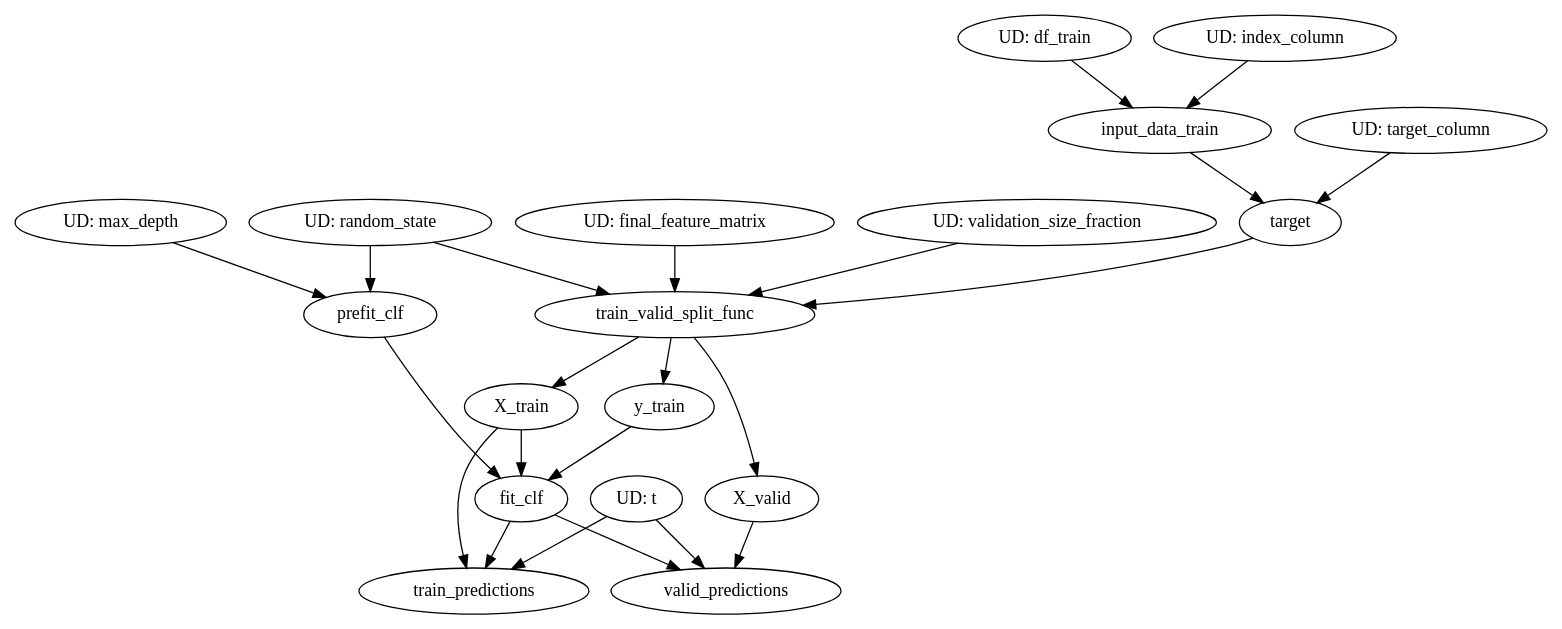
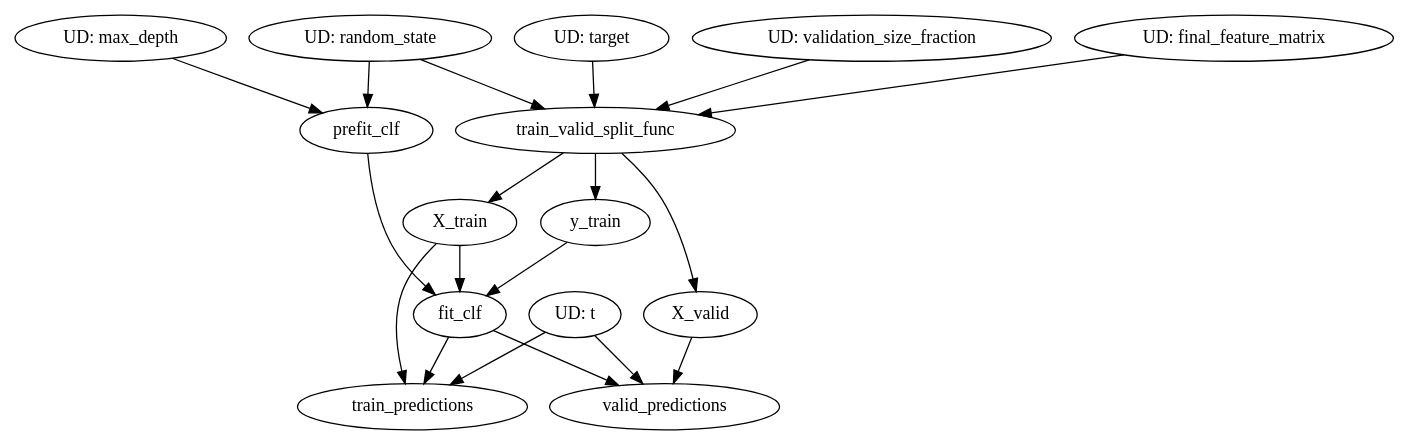
One commit to aamir09/mlops2_with_dagster changed the diagram in artifacts/training.dot. Above: the diagram before and after it, drawn with Graphviz. The commit also changed 50 other files, not shown here.

```diff
--- a/artifacts/training.dot
+++ b/artifacts/training.dot
@@ -1,51 +1,41 @@
 // Dependency Graph
 digraph {
-	final_feature_matrix [label=final_feature_matrix]
+	target [label=target]
 	y_train [label=y_train]
-	prefit_clf [label=prefit_clf]
-	validation_size_fraction [label=validation_size_fraction]
-	df_train [label=df_train]
-	train_valid_split_func [label=train_valid_split_func]
 	train_predictions [label=train_predictions]
-	t [label=t]
 	valid_predictions [label=valid_predictions]
-	random_state [label=random_state]
+	fit_clf [label=fit_clf]
 	max_depth [label=max_depth]
 	X_valid [label=X_valid]
-	input_data_train [label=input_data_train]
+	train_valid_split_func [label=train_valid_split_func]
+	validation_size_fraction [label=validation_size_fraction]
+	prefit_clf [label=prefit_clf]
+	random_state [label=random_state]
+	t [label=t]
 	X_train [label=X_train]
-	target_column [label=target_column]
-	index_column [label=index_column]
-	target [label=target]
-	fit_clf [label=fit_clf]
+	final_feature_matrix [label=final_feature_matrix]
+	target [label="UD: target"]
+	max_depth [label="UD: max_depth"]
+	validation_size_fraction [label="UD: validation_size_fraction"]
+	random_state [label="UD: random_state"]
+	t [label="UD: t"]
 	final_feature_matrix [label="UD: final_feature_matrix"]
-	validation_size_fraction [label="UD: validation_size_fraction"]
-	df_train [label="UD: df_train"]
-	t [label="UD: t"]
-	random_state [label="UD: random_state"]
-	target_column [label="UD: target_column"]
-	index_column [label="UD: index_column"]
-	max_depth [label="UD: max_depth"]
 	train_valid_split_func -> y_train
-	random_state -> prefit_clf
-	max_depth -> prefit_clf
-	final_feature_matrix -> train_valid_split_func
-	target -> train_valid_split_func
-	validation_size_fraction -> train_valid_split_func
-	random_state -> train_valid_split_func
 	fit_clf -> train_predictions
 	X_train -> train_predictions
 	t -> train_predictions
 	fit_clf -> valid_predictions
 	X_valid -> valid_predictions
 	t -> valid_predictions
-	train_valid_split_func -> X_valid
-	df_train -> input_data_train
-	index_column -> input_data_train
-	train_valid_split_func -> X_train
-	input_data_train -> target
-	target_column -> target
 	prefit_clf -> fit_clf
 	X_train -> fit_clf
 	y_train -> fit_clf
+	train_valid_split_func -> X_valid
+	final_feature_matrix -> train_valid_split_func
+	target -> train_valid_split_func
+	validation_size_fraction -> train_valid_split_func
+	random_state -> train_valid_split_func
+	random_state -> prefit_clf
+	max_depth -> prefit_clf
+	train_valid_split_func -> X_train
 }
```
